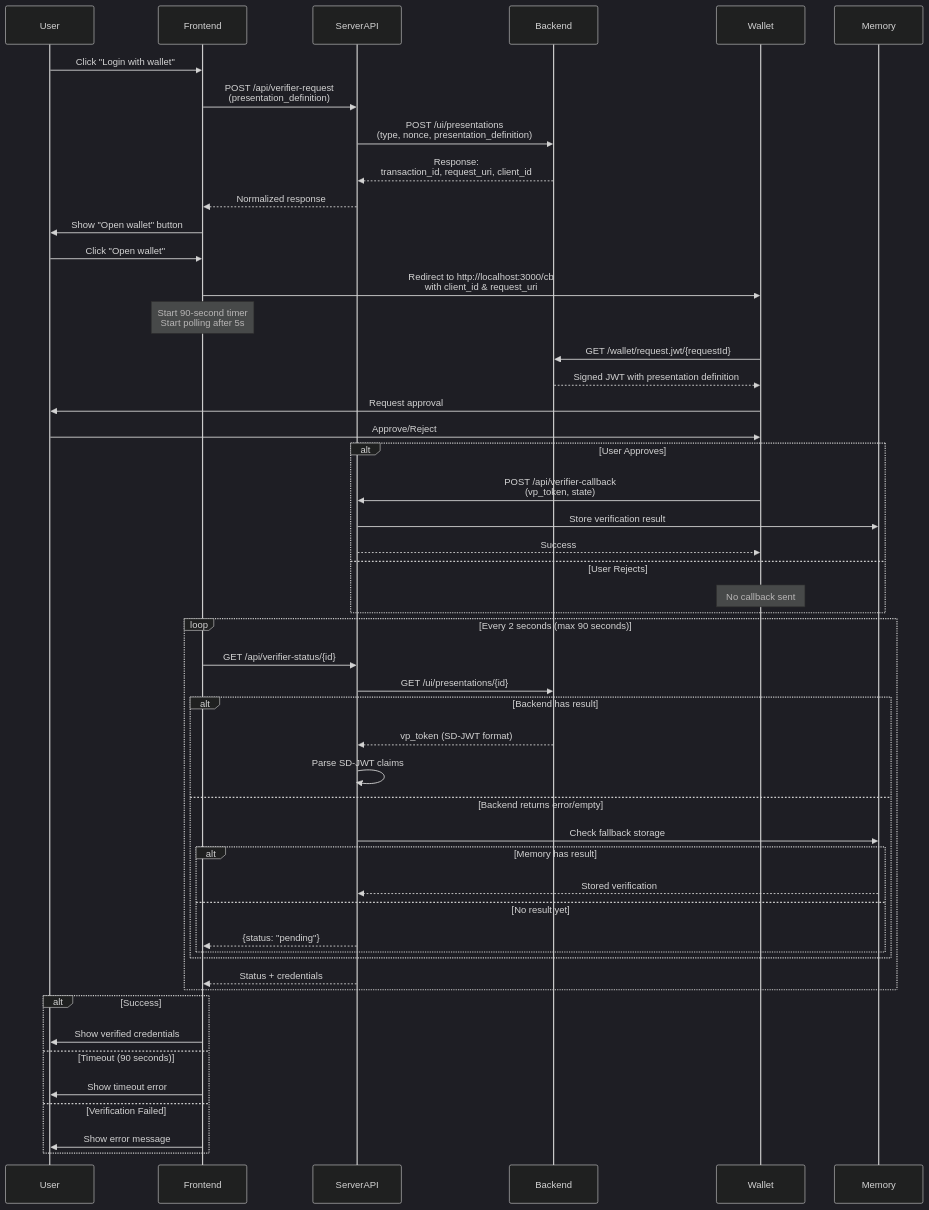
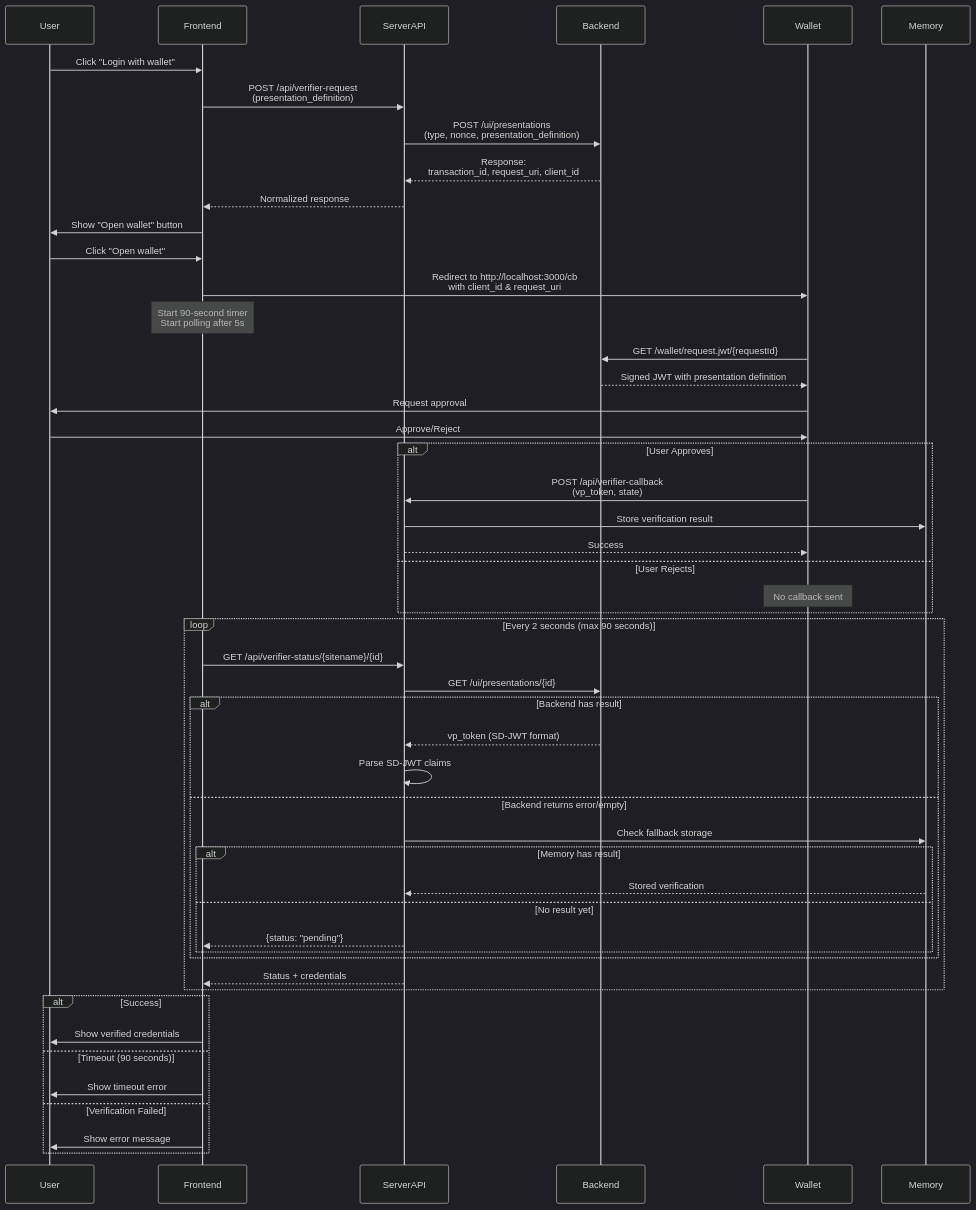
The second of 2 diagrams in README.md (diggsweden/wallet-verifier-test-web), drawn with Mermaid (dark theme) before and after one commit. The commit also changed other lines of this file and 4 other files, not shown here.

````diff
--- a/README.md
+++ b/README.md
@@ -60,62 +60,62 @@
 ```mermaid
 sequenceDiagram
     participant User
     participant Frontend
     participant ServerAPI
     participant Backend
     participant Wallet
     participant Memory
 
     User->>Frontend: Click "Login with wallet"
     Frontend->>ServerAPI: POST /api/verifier-request<br/>(presentation_definition)
     ServerAPI->>Backend: POST /ui/presentations<br/>(type, nonce, presentation_definition)
     Backend-->>ServerAPI: Response:<br/>transaction_id, request_uri, client_id
     ServerAPI-->>Frontend: Normalized response
     
     Frontend->>User: Show "Open wallet" button
     User->>Frontend: Click "Open wallet"
     Frontend->>Wallet: Redirect to http://localhost:3000/cb<br/>with client_id & request_uri
     
     Note over Frontend: Start 90-second timer<br/>Start polling after 5s
     
     Wallet->>Backend: GET /wallet/request.jwt/{requestId}
     Backend-->>Wallet: Signed JWT with presentation definition
     
     Wallet->>User: Request approval
     User->>Wallet: Approve/Reject
     
     alt User Approves
         Wallet->>ServerAPI: POST /api/verifier-callback<br/>(vp_token, state)
         ServerAPI->>Memory: Store verification result
         ServerAPI-->>Wallet: Success
     else User Rejects
         Note over Wallet: No callback sent
     end
     
     loop Every 2 seconds (max 90 seconds)
-        Frontend->>ServerAPI: GET /api/verifier-status/{id}
+        Frontend->>ServerAPI: GET /api/verifier-status/{sitename}/{id}
         ServerAPI->>Backend: GET /ui/presentations/{id}
         
         alt Backend has result
             Backend-->>ServerAPI: vp_token (SD-JWT format)
             ServerAPI->>ServerAPI: Parse SD-JWT claims
         else Backend returns error/empty
             ServerAPI->>Memory: Check fallback storage
             alt Memory has result
                 Memory-->>ServerAPI: Stored verification
             else No result yet
                 ServerAPI-->>Frontend: {status: "pending"}
             end
         end
         
         ServerAPI-->>Frontend: Status + credentials
     end
     
     alt Success
         Frontend->>User: Show verified credentials
     else Timeout (90 seconds)
         Frontend->>User: Show timeout error
     else Verification Failed
         Frontend->>User: Show error message
     end
 ```
````
